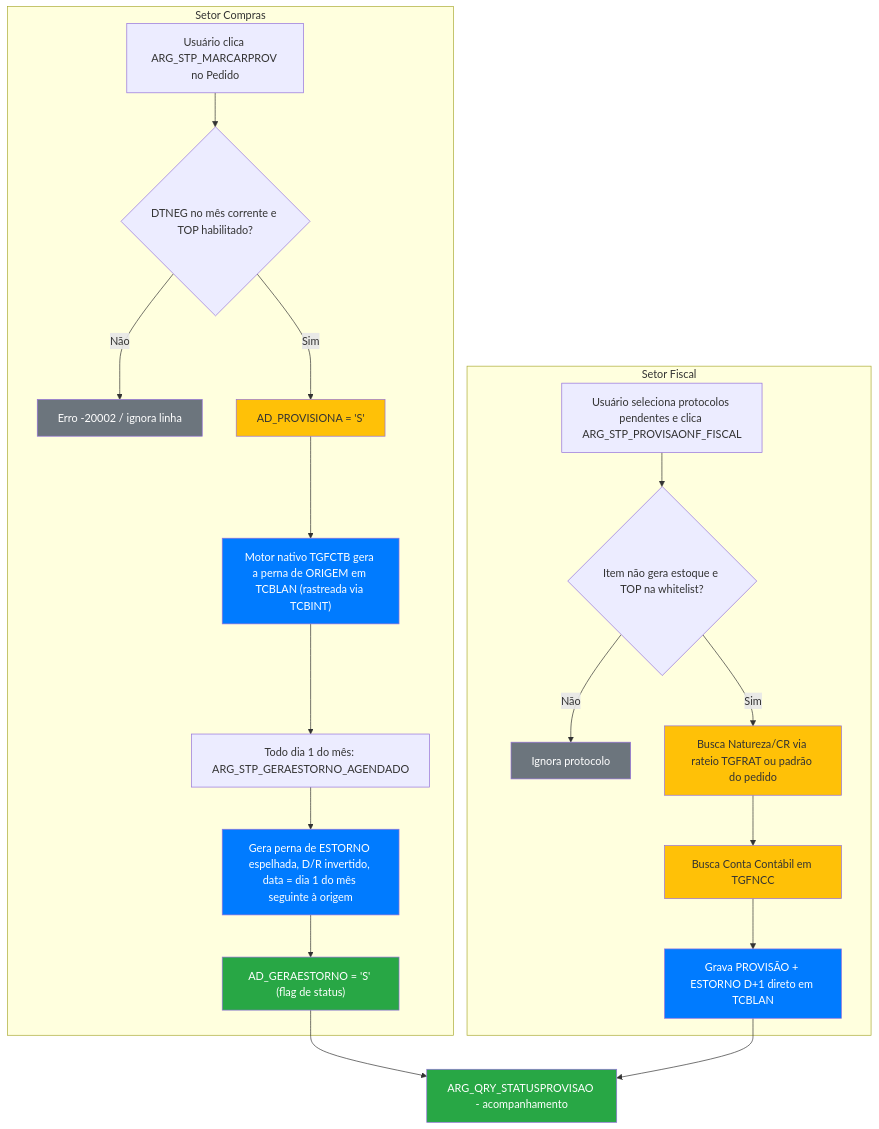
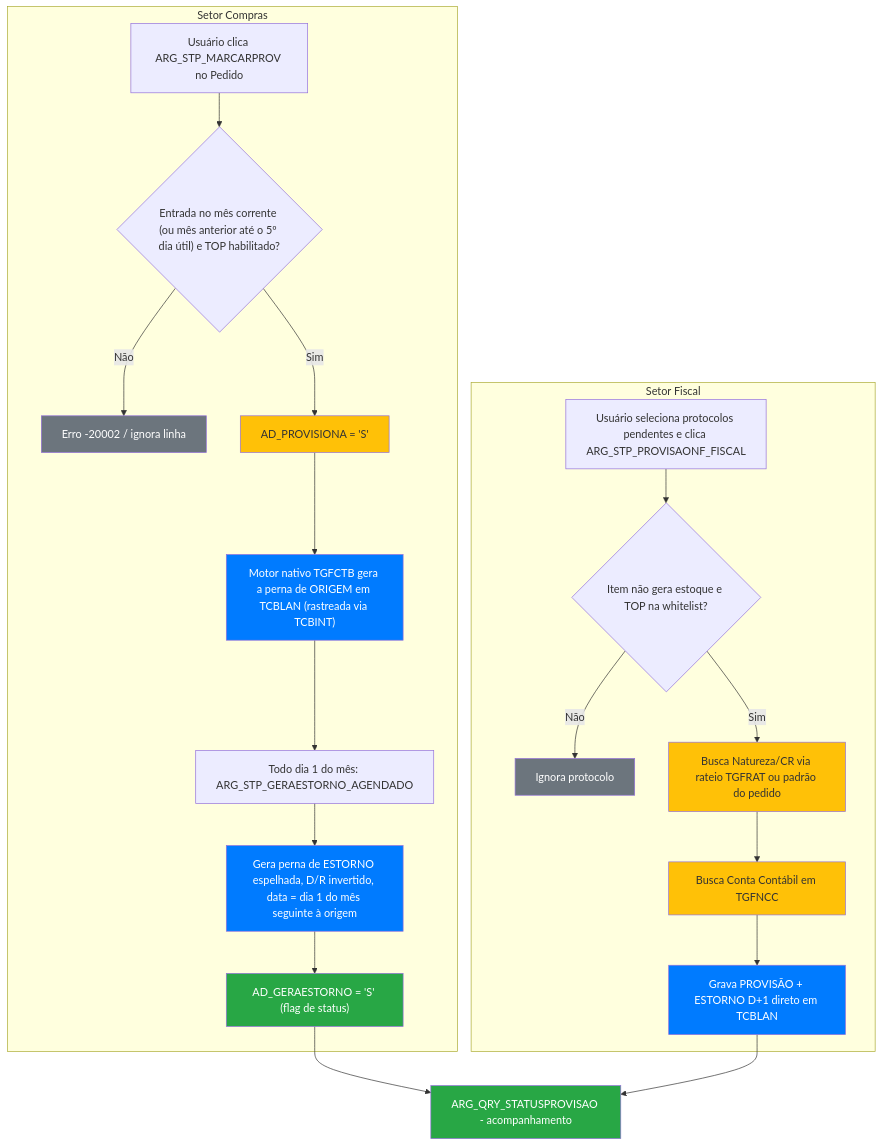
Before and after one commit to GrupoArgoFruta/ARG_STP_GERAESTORNO_AGENDADO: the diagram in README.md, drawn with Mermaid. The commit also changed other lines of this file and 1 other file, not shown here.

First line of the commit message:
fix(provisao): estende prazo de provisao do mes anterior ate o 5o dia util (#1)

````diff
--- a/README.md
+++ b/README.md
@@ -104,34 +104,34 @@
 ```mermaid
 flowchart TD
     subgraph Compras["Setor Compras"]
-        A["Usuário clica ARG_STP_MARCARPROV no Pedido"] --> B{"DTNEG no mês corrente e TOP habilitado?"}
+        A["Usuário clica ARG_STP_MARCARPROV no Pedido"] --> B{"Entrada no mês corrente (ou mês anterior até o 5º dia útil) e TOP habilitado?"}
         B -- Não --> B1["Erro -20002 / ignora linha"]
         B -- Sim --> C["AD_PROVISIONA = 'S'"]
         C --> D["Motor nativo TGFCTB gera a perna de ORIGEM em TCBLAN (rastreada via TCBINT)"]
         D --> E["Todo dia 1 do mês: ARG_STP_GERAESTORNO_AGENDADO"]
         E --> F["Gera perna de ESTORNO espelhada, D/R invertido, data = dia 1 do mês seguinte à origem"]
         F --> G["AD_GERAESTORNO = 'S' (flag de status)"]
     end
 
     subgraph Fiscal["Setor Fiscal"]
         H["Usuário seleciona protocolos pendentes e clica ARG_STP_PROVISAONF_FISCAL"] --> I{"Item não gera estoque e TOP na whitelist?"}
         I -- Não --> I1["Ignora protocolo"]
         I -- Sim --> J["Busca Natureza/CR via rateio TGFRAT ou padrão do pedido"]
         J --> K["Busca Conta Contábil em TGFNCC"]
         K --> L["Grava PROVISÃO + ESTORNO D+1 direto em TCBLAN"]
     end
 
     G --> M["ARG_QRY_STATUSPROVISAO - acompanhamento"]
     L --> M
 
     style D fill:#007bff,color:#fff
     style F fill:#007bff,color:#fff
     style L fill:#007bff,color:#fff
     style C fill:#ffc107
     style J fill:#ffc107
     style K fill:#ffc107
     style G fill:#28a745,color:#fff
     style M fill:#28a745,color:#fff
     style B1 fill:#6c757d,color:#fff
     style I1 fill:#6c757d,color:#fff
 ```
````
